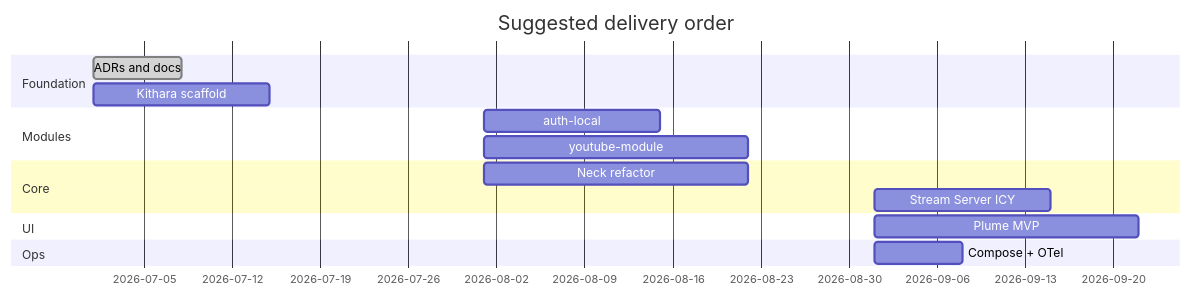
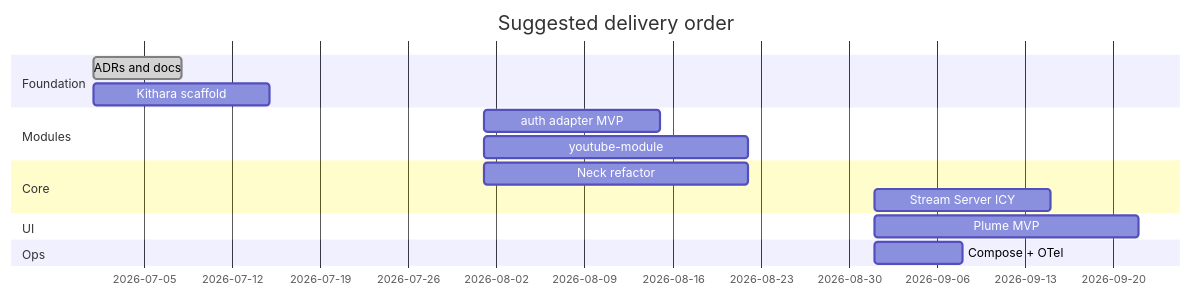
The diagram in docs/architecture/mvp/v0.1-milestones.md (Bardie-radio/bardie-kithara), drawn with Mermaid before and after one commit. The commit also changed other lines of this file and 31 other files, not shown here.

````diff
--- a/docs/architecture/mvp/v0.1-milestones.md
+++ b/docs/architecture/mvp/v0.1-milestones.md
@@ -3,18 +3,18 @@
 ```mermaid
 gantt
   title Suggested delivery order
   dateFormat YYYY-MM
   section Foundation
   ADRs and docs           :done, 2026-07, 1w
   Kithara scaffold        :2026-07, 2w
   section Modules
-  auth-local              :2026-08, 2w
+  auth adapter MVP        :2026-08, 2w
   youtube-module          :2026-08, 3w
   section Core
   Neck refactor           :2026-08, 3w
   Stream Server ICY       :2026-09, 2w
   section UI
   Plume MVP               :2026-09, 3w
   section Ops
   Compose + OTel          :2026-09, 1w
 ```
````
